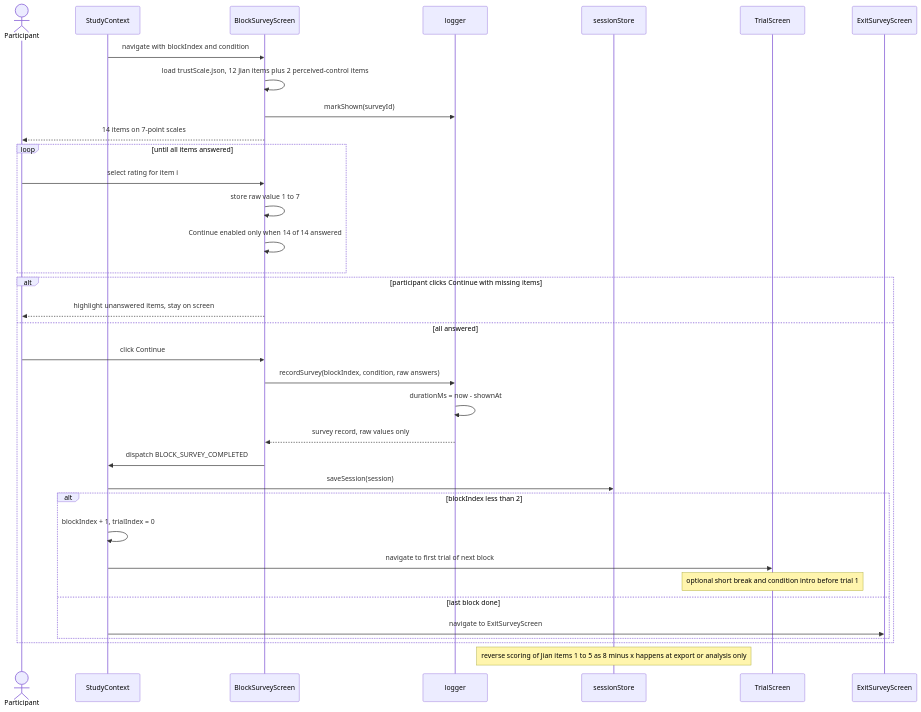
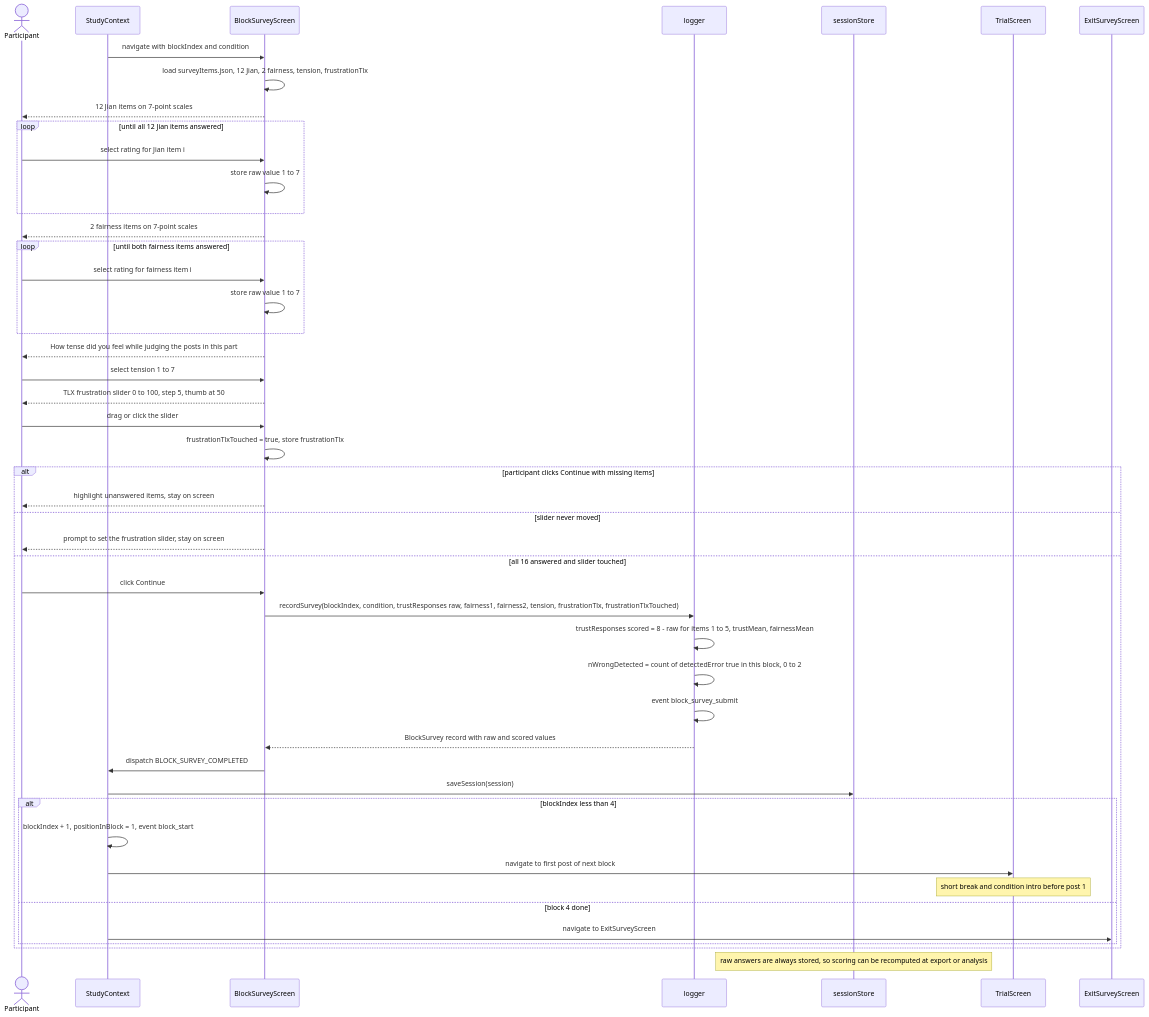
The ninth of 11 diagrams in docs/sequence-diagrams.md (bibekgupta3333/HCI), drawn with Mermaid before and after one commit. The commit also changed other lines of this file and 27 other files, not shown here.

````diff
--- a/docs/sequence-diagrams.md
+++ b/docs/sequence-diagrams.md
@@ -287,38 +425,50 @@
 ```mermaid
 sequenceDiagram
     actor P as Participant
     participant SC as StudyContext
     participant Survey as BlockSurveyScreen
     participant Log as logger
     participant SS as sessionStore
     participant Trial as TrialScreen
     participant Exit as ExitSurveyScreen
 
     SC->>Survey: navigate with blockIndex and condition
-    Survey->>Survey: load trustScale.json, 12 Jian items plus 2 perceived-control items
-    Survey->>Log: markShown(surveyId)
-    Survey-->>P: 14 items on 7-point scales
-    loop until all items answered
-        P->>Survey: select rating for item i
+    Survey->>Survey: load surveyItems.json, 12 Jian, 2 fairness, tension, frustrationTlx
+    Survey-->>P: 12 Jian items on 7-point scales
+    loop until all 12 Jian items answered
+        P->>Survey: select rating for Jian item i
         Survey->>Survey: store raw value 1 to 7
-        Survey->>Survey: Continue enabled only when 14 of 14 answered
     end
+    Survey-->>P: 2 fairness items on 7-point scales
+    loop until both fairness items answered
+        P->>Survey: select rating for fairness item i
+        Survey->>Survey: store raw value 1 to 7
+    end
+    Survey-->>P: How tense did you feel while judging the posts in this part
+    P->>Survey: select tension 1 to 7
+    Survey-->>P: TLX frustration slider 0 to 100, step 5, thumb at 50
+    P->>Survey: drag or click the slider
+    Survey->>Survey: frustrationTlxTouched = true, store frustrationTlx
     alt participant clicks Continue with missing items
         Survey-->>P: highlight unanswered items, stay on screen
-    else all answered
+    else slider never moved
+        Survey-->>P: prompt to set the frustration slider, stay on screen
+    else all 16 answered and slider touched
         P->>Survey: click Continue
-        Survey->>Log: recordSurvey(blockIndex, condition, raw answers)
-        Log->>Log: durationMs = now - shownAt
-        Log-->>Survey: survey record, raw values only
+        Survey->>Log: recordSurvey(blockIndex, condition, trustResponses raw, fairness1, fairness2, tension, frustrationTlx, frustrationTlxTouched)
+        Log->>Log: trustResponses scored = 8 - raw for items 1 to 5, trustMean, fairnessMean
+        Log->>Log: nWrongDetected = count of detectedError true in this block, 0 to 2
+        Log->>Log: event block_survey_submit
+        Log-->>Survey: BlockSurvey record with raw and scored values
         Survey->>SC: dispatch BLOCK_SURVEY_COMPLETED
         SC->>SS: saveSession(session)
-        alt blockIndex less than 2
-            SC->>SC: blockIndex + 1, trialIndex = 0
-            SC->>Trial: navigate to first trial of next block
-            Note over Trial: optional short break and condition intro before trial 1
-        else last block done
+        alt blockIndex less than 4
+            SC->>SC: blockIndex + 1, positionInBlock = 1, event block_start
+            SC->>Trial: navigate to first post of next block
+            Note over Trial: short break and condition intro before post 1
+        else block 4 done
             SC->>Exit: navigate to ExitSurveyScreen
         end
     end
-    Note over SS: reverse scoring of Jian items 1 to 5 as 8 minus x happens at export or analysis only
+    Note over SS: raw answers are always stored, so scoring can be recomputed at export or analysis
 ```
````
